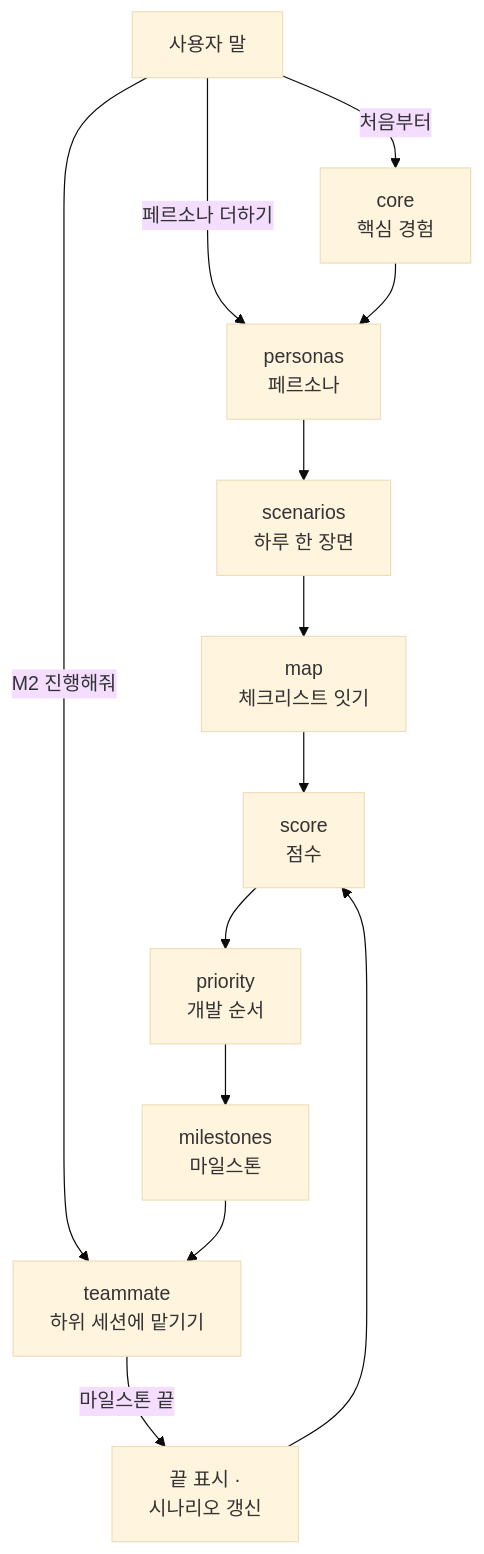
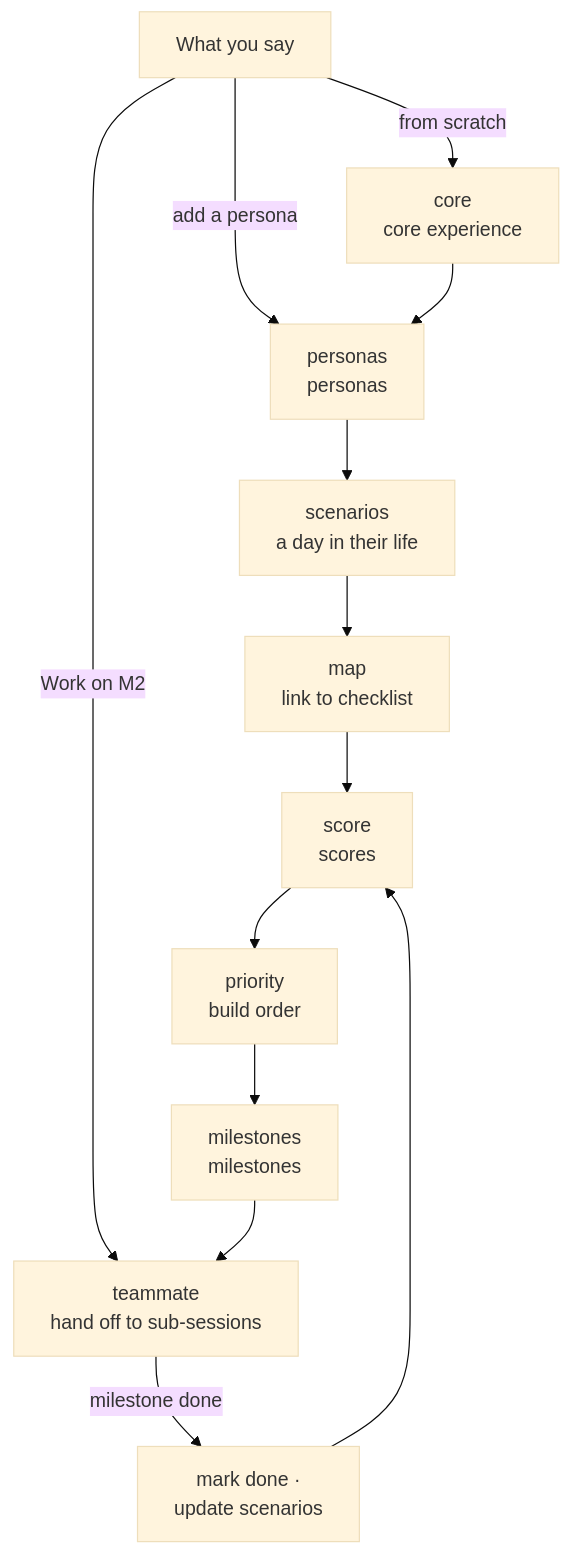
The first of 2 diagrams in README.md (ff-1204/claude-haejo), drawn with Mermaid (base theme) before and after one commit. The commit also changed other lines of this file and 2 other files, not shown here.

````diff
--- a/README.md
+++ b/README.md
@@ -35,12 +47,12 @@
 ```mermaid
 flowchart TD
-  say["사용자 말"] -->|"처음부터"| core["core<br/>핵심 경험"]
-  say -->|"페르소나 더하기"| personas
-  say -->|"M2 진행해줘"| teammate
-  core --> personas["personas<br/>페르소나"] --> scenarios["scenarios<br/>하루 한 장면"]
-  scenarios --> map["map<br/>체크리스트 잇기"] --> score["score<br/>점수"]
-  score --> priority["priority<br/>개발 순서"] --> milestones["milestones<br/>마일스톤"]
-  milestones --> teammate["teammate<br/>하위 세션에 맡기기"]
-  teammate -->|"마일스톤 끝"| update["끝 표시 ·<br/>시나리오 갱신"]
+  say["What you say"] -->|"from scratch"| core["core<br/>core experience"]
+  say -->|"add a persona"| personas
+  say -->|"Work on M2"| teammate
+  core --> personas["personas<br/>personas"] --> scenarios["scenarios<br/>a day in their life"]
+  scenarios --> map["map<br/>link to checklist"] --> score["score<br/>scores"]
+  score --> priority["priority<br/>build order"] --> milestones["milestones<br/>milestones"]
+  milestones --> teammate["teammate<br/>hand off to sub-sessions"]
+  teammate -->|"milestone done"| update["mark done ·<br/>update scenarios"]
   update --> score
 ```
````
